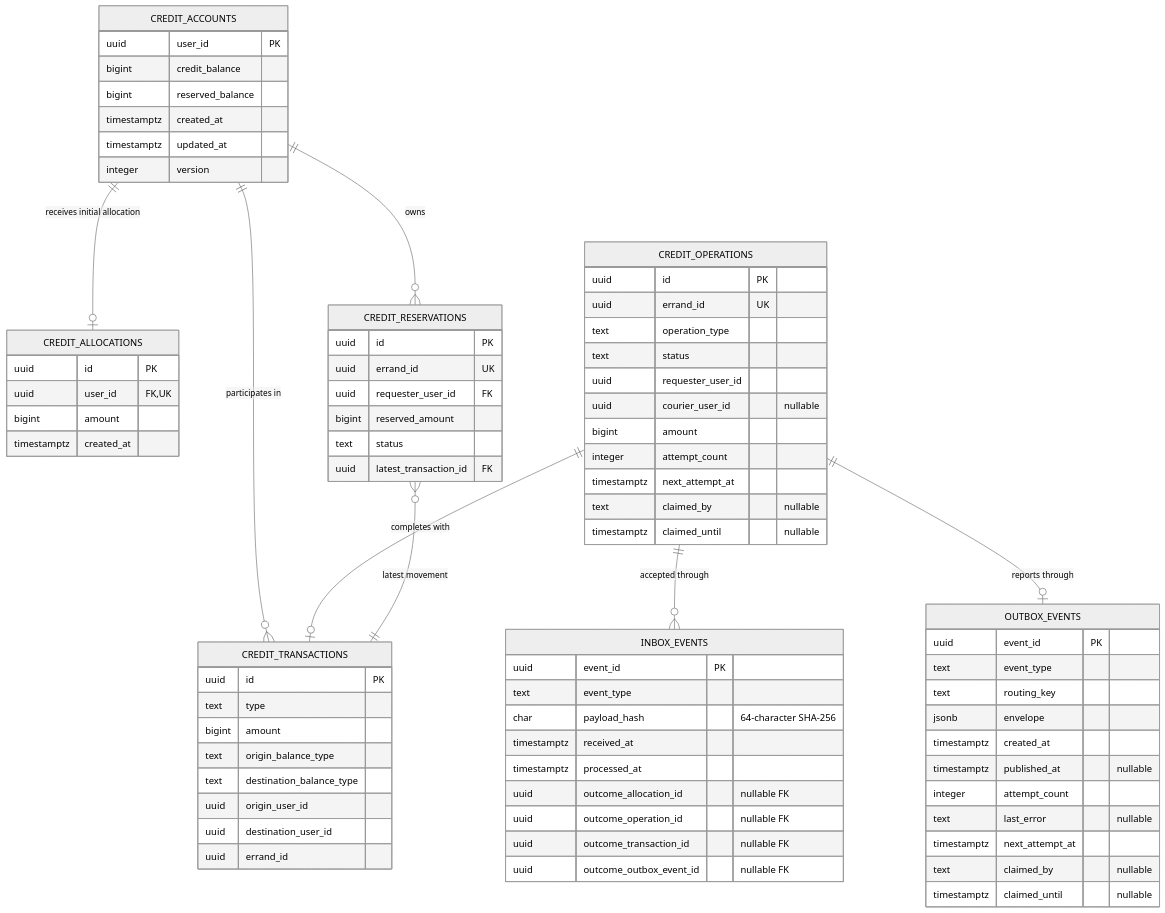
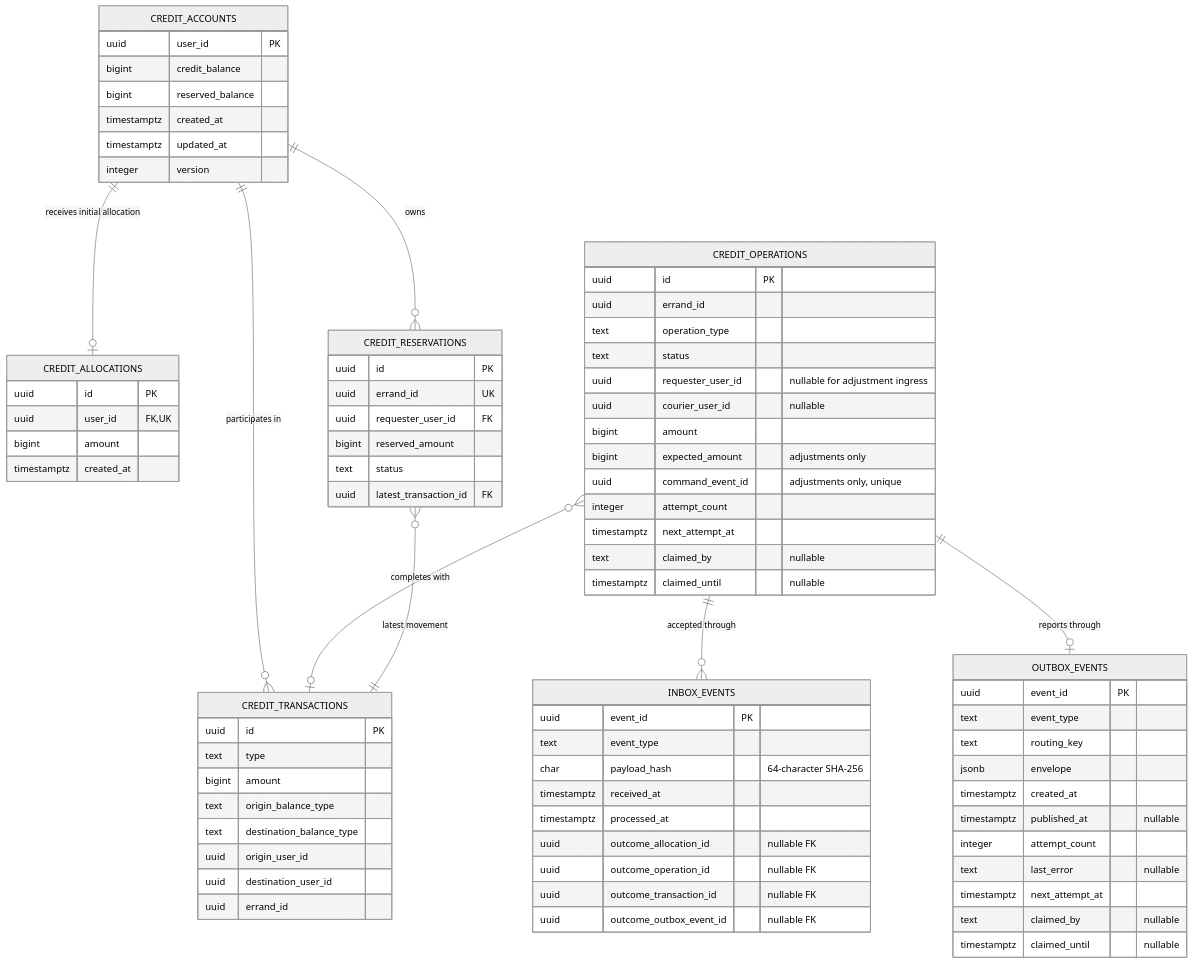
The diagram in credit-service/README.md (AY2627S1-CS3219-P27/FoC), drawn with Mermaid (neutral theme) before and after one commit. The commit also changed other lines of this file and 2 other files, not shown here.

```diff
--- a/credit-service/README.md
+++ b/credit-service/README.md
@@ -569,7 +575,7 @@
     CREDIT_ACCOUNTS ||--o{ CREDIT_RESERVATIONS : "owns"
     CREDIT_ACCOUNTS ||--o{ CREDIT_TRANSACTIONS : "participates in"
     CREDIT_OPERATIONS ||--o{ INBOX_EVENTS : "accepted through"
-    CREDIT_OPERATIONS ||--o| CREDIT_TRANSACTIONS : "completes with"
+    CREDIT_OPERATIONS }o--o| CREDIT_TRANSACTIONS : "completes with"
     CREDIT_OPERATIONS ||--o| OUTBOX_EVENTS : "reports through"
     CREDIT_RESERVATIONS }o--|| CREDIT_TRANSACTIONS : "latest movement"
 
@@ -591,12 +597,14 @@
 
     CREDIT_OPERATIONS {
         uuid id PK
-        uuid errand_id UK
+        uuid errand_id
         text operation_type
         text status
-        uuid requester_user_id
+        uuid requester_user_id "nullable for adjustment ingress"
         uuid courier_user_id "nullable"
         bigint amount
+        bigint expected_amount "adjustments only"
+        uuid command_event_id "adjustments only, unique"
         integer attempt_count
         timestamptz next_attempt_at
         text claimed_by "nullable"
```
